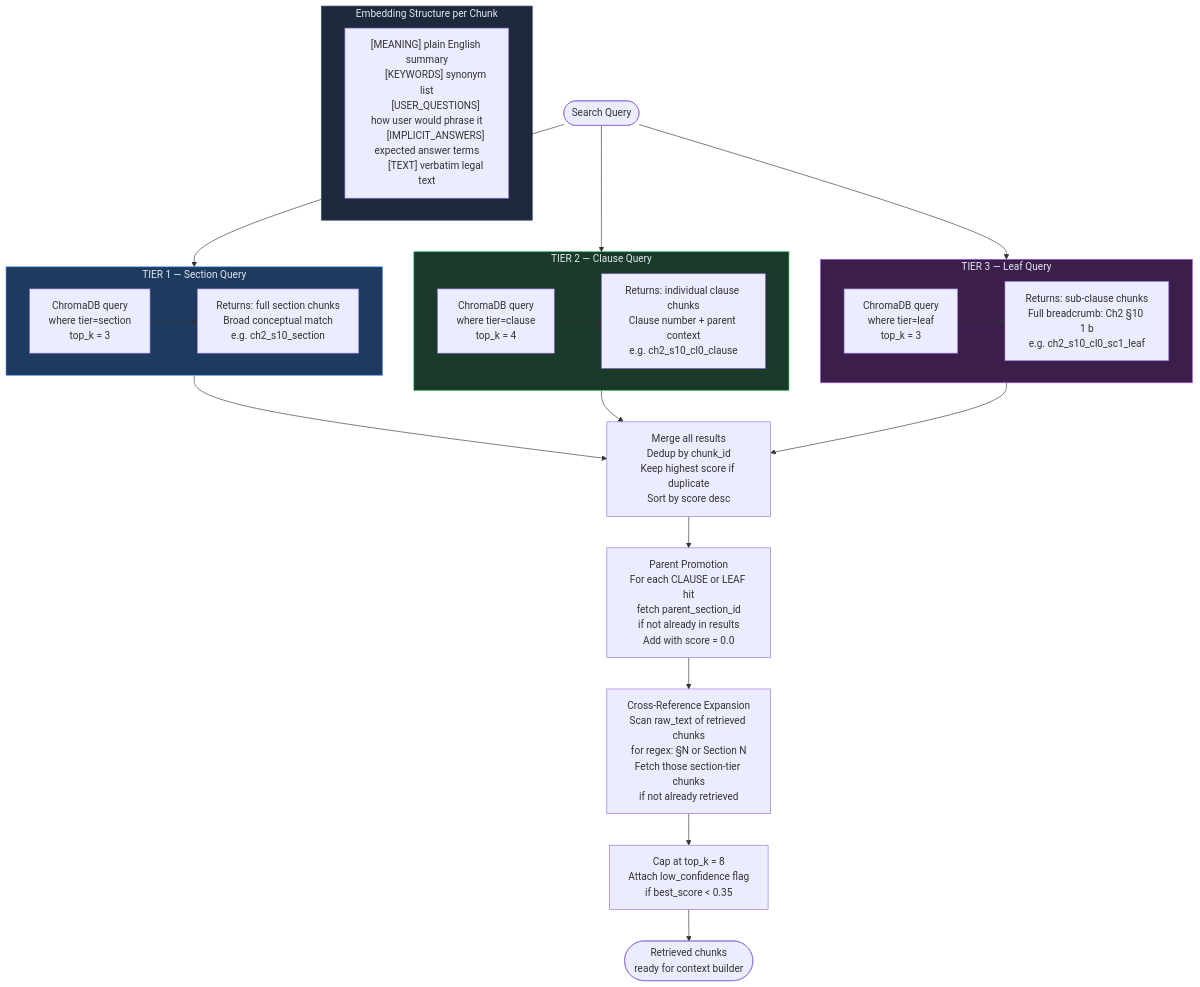
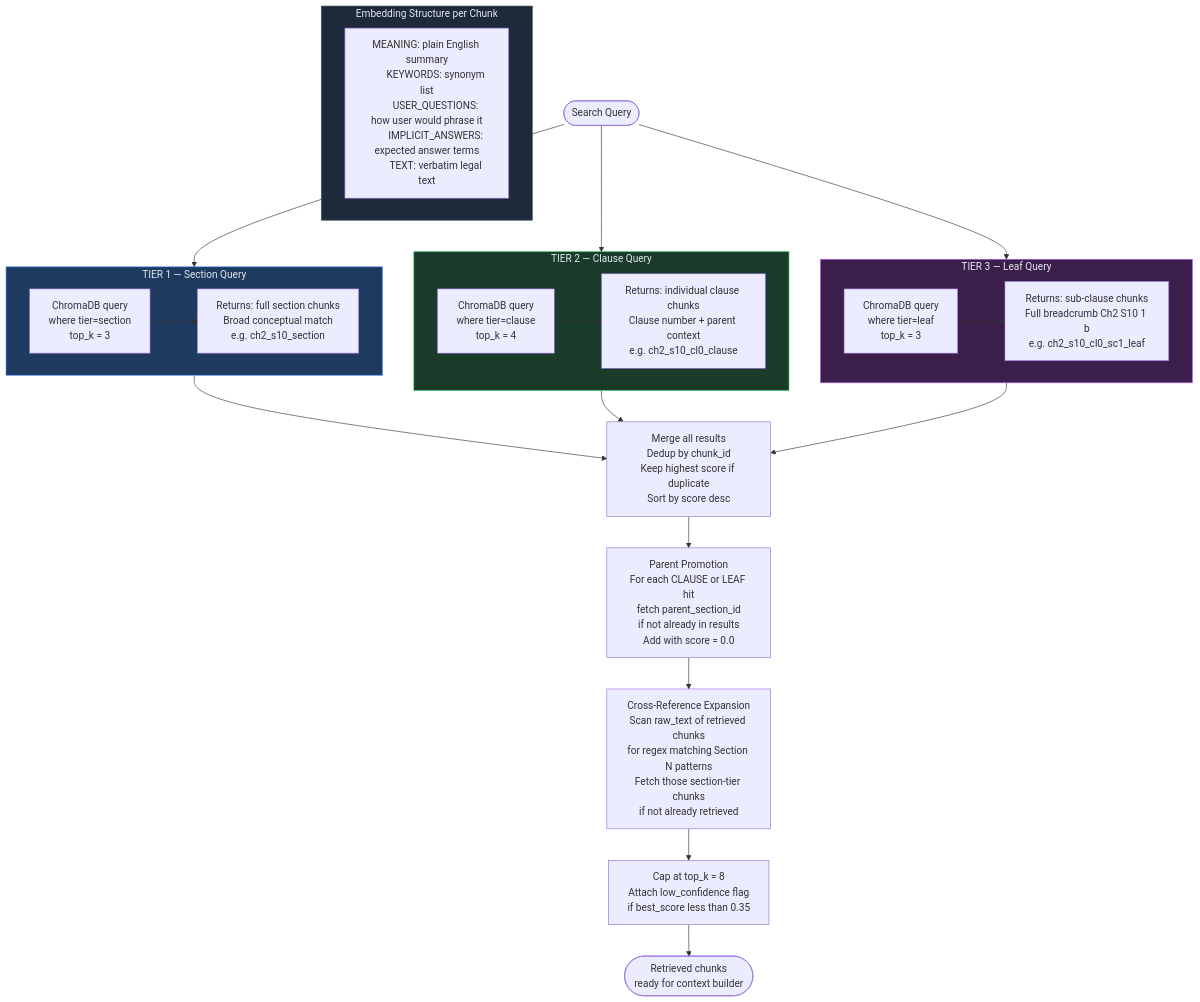
The fifth of 13 diagrams in DPDP_Technical_Flowcharts.md (avi-dev-machine/dump), drawn with Mermaid before and after one commit. The commit also changed other lines of this file, not shown here.

````diff
--- a/DPDP_Technical_Flowcharts.md
+++ b/DPDP_Technical_Flowcharts.md
@@ -249,45 +248,45 @@
 ```mermaid
 flowchart TD
     Q([Search Query]) --> T1 & T2 & T3
 
-    subgraph T1 [TIER 1 — Section Query]
-        S1[ChromaDB query\nwhere tier=section\ntop_k = 3]
-        S2[Returns: full section chunks\nBroad conceptual match\ne.g. ch2_s10_section]
+    subgraph T1 ["TIER 1 — Section Query"]
+        S1["ChromaDB query\nwhere tier=section\ntop_k = 3"]
+        S2["Returns: full section chunks\nBroad conceptual match\ne.g. ch2_s10_section"]
         S1 --> S2
     end
 
-    subgraph T2 [TIER 2 — Clause Query]
-        CL1[ChromaDB query\nwhere tier=clause\ntop_k = 4]
-        CL2[Returns: individual clause chunks\nClause number + parent context\ne.g. ch2_s10_cl0_clause]
+    subgraph T2 ["TIER 2 — Clause Query"]
+        CL1["ChromaDB query\nwhere tier=clause\ntop_k = 4"]
+        CL2["Returns: individual clause chunks\nClause number + parent context\ne.g. ch2_s10_cl0_clause"]
         CL1 --> CL2
     end
 
-    subgraph T3 [TIER 3 — Leaf Query]
-        L1[ChromaDB query\nwhere tier=leaf\ntop_k = 3]
-        L2[Returns: sub-clause chunks\nFull breadcrumb: Ch2 §10 1 b\ne.g. ch2_s10_cl0_sc1_leaf]
+    subgraph T3 ["TIER 3 — Leaf Query"]
+        L1["ChromaDB query\nwhere tier=leaf\ntop_k = 3"]
+        L2["Returns: sub-clause chunks\nFull breadcrumb Ch2 S10 1 b\ne.g. ch2_s10_cl0_sc1_leaf"]
         L1 --> L2
     end
 
-    T1 & T2 & T3 --> MERGE[Merge all results\nDedup by chunk_id\nKeep highest score if duplicate\nSort by score desc]
+    T1 & T2 & T3 --> MERGE["Merge all results\nDedup by chunk_id\nKeep highest score if duplicate\nSort by score desc"]
 
-    MERGE --> PP[Parent Promotion\nFor each CLAUSE or LEAF hit\nfetch parent_section_id\nif not already in results\nAdd with score = 0.0]
+    MERGE --> PP["Parent Promotion\nFor each CLAUSE or LEAF hit\nfetch parent_section_id\nif not already in results\nAdd with score = 0.0"]
 
-    PP --> XR[Cross-Reference Expansion\nScan raw_text of retrieved chunks\nfor regex: §N or Section N\nFetch those section-tier chunks\nif not already retrieved]
+    PP --> XR["Cross-Reference Expansion\nScan raw_text of retrieved chunks\nfor regex matching Section N patterns\nFetch those section-tier chunks\nif not already retrieved"]
 
-    XR --> TOP[Cap at top_k = 8\nAttach low_confidence flag\nif best_score < 0.35]
+    XR --> TOP["Cap at top_k = 8\nAttach low_confidence flag\nif best_score less than 0.35"]
 
-    TOP --> OUT([Retrieved chunks\nready for context builder])
+    TOP --> OUT(["Retrieved chunks\nready for context builder"])
 
-    subgraph EMBED [Embedding Structure per Chunk]
-        EM1["[MEANING] plain English summary
-        [KEYWORDS] synonym list
-        [USER_QUESTIONS] how user would phrase it
-        [IMPLICIT_ANSWERS] expected answer terms
-        [TEXT] verbatim legal text"]
+    subgraph EMBED ["Embedding Structure per Chunk"]
+        EM1["MEANING: plain English summary
+        KEYWORDS: synonym list
+        USER_QUESTIONS: how user would phrase it
+        IMPLICIT_ANSWERS: expected answer terms
+        TEXT: verbatim legal text"]
     end
 
     style T1 fill:#1e3a5f,stroke:#3b82f6,color:#e2e8f0
     style T2 fill:#1a3a2a,stroke:#22c55e,color:#e2e8f0
     style T3 fill:#3b1f4a,stroke:#a855f7,color:#e2e8f0
     style EMBED fill:#1e293b,stroke:#475569,color:#e2e8f0
 ```
````
